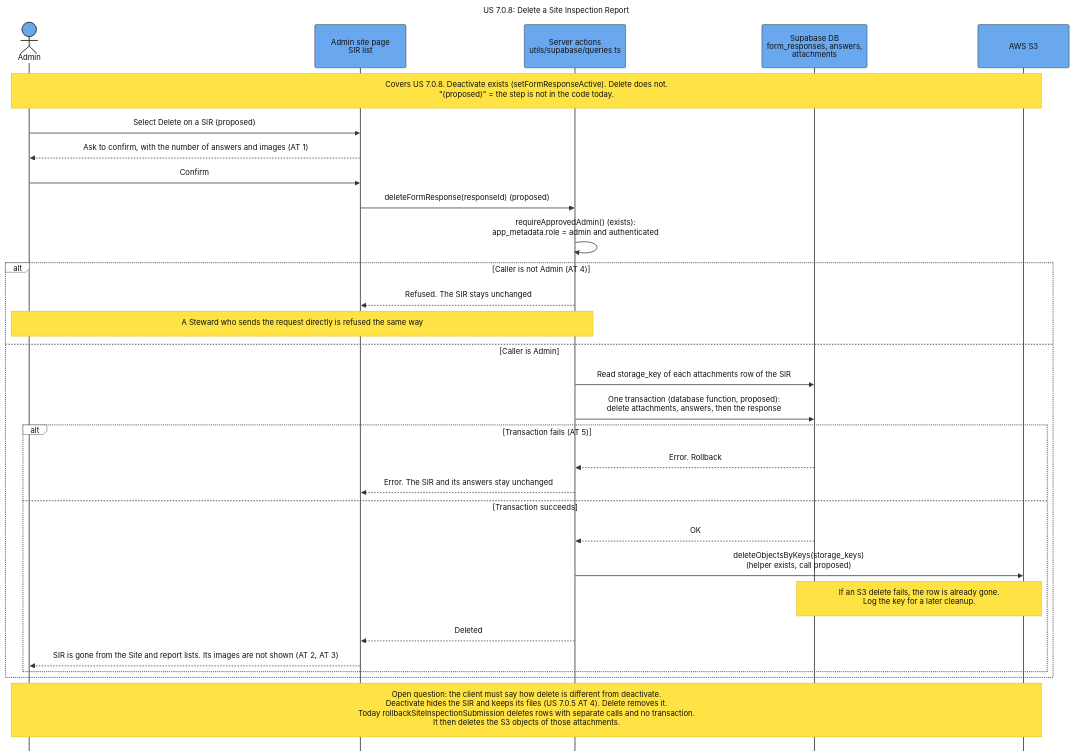
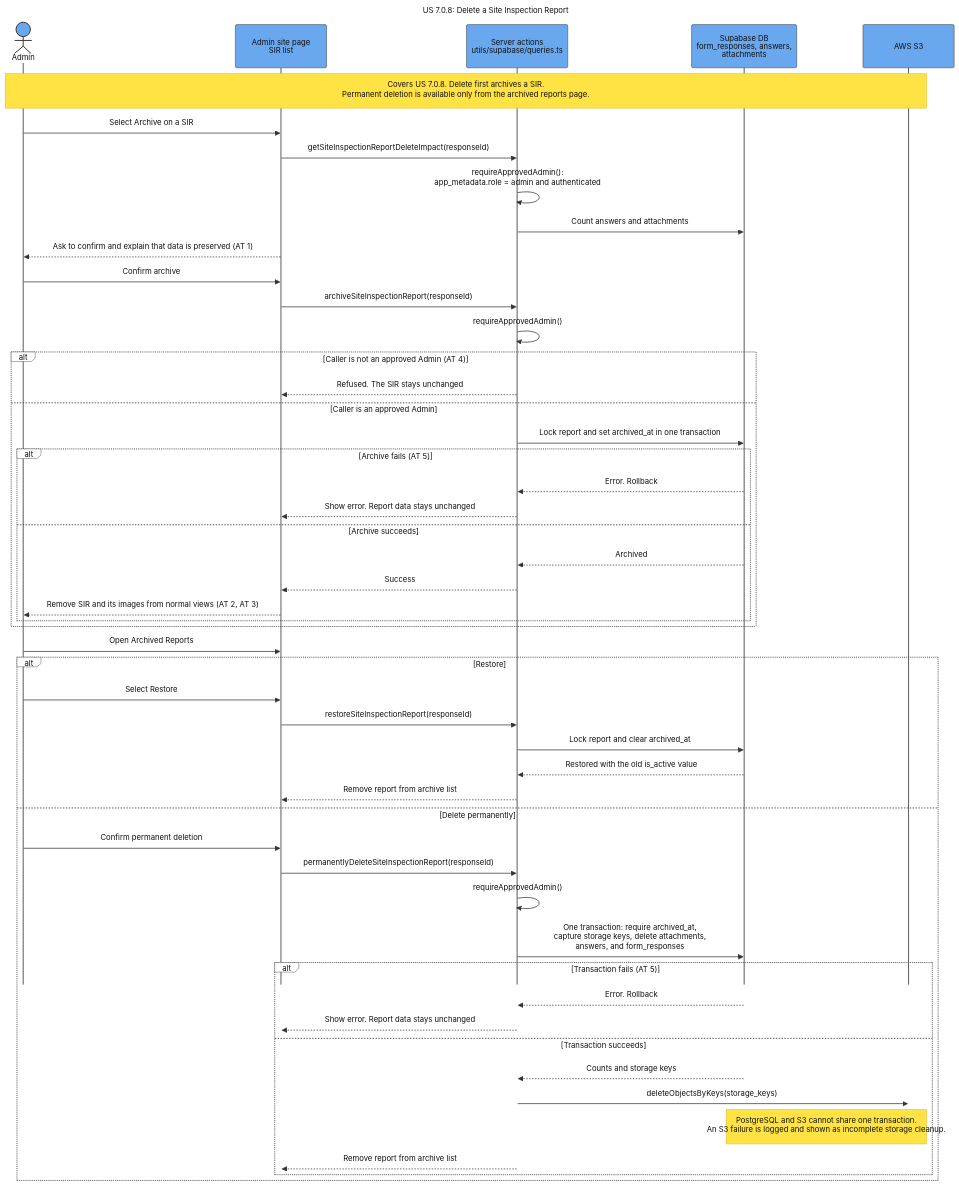
Before and after one commit to SAPAA-Dev/W26Project-SAPAA-Dev-Team: the diagram in docs/assets/Sequence_US_7_0_8_Delete_SIR.mmd, drawn with Mermaid. The commit also changed 33 other files, not shown here.

First line of the commit message:
(feat): archive and delete inspection reports (#165)

```diff
--- a/docs/assets/Sequence_US_7_0_8_Delete_SIR.mmd
+++ b/docs/assets/Sequence_US_7_0_8_Delete_SIR.mmd
@@ -1,75 +1,95 @@
 ---
 title: "US 7.0.8: Delete a Site Inspection Report"
 config:
   theme: base
   sequence:
     actorMargin: 75
     boxMargin: 12
     diagramMarginX: 45
     diagramMarginY: 30
     messageMargin: 40
     noteMargin: 16
     mirrorActors: false
     width: 190
     height: 90
   themeVariables:
     background: "#ffffff"
     primaryColor: "#69a8ef"
     primaryBorderColor: "#333333"
     primaryTextColor: "#111111"
     actorBkg: "#69a8ef"
     actorBorder: "#333333"
     actorTextColor: "#111111"
     actorLineColor: "#555555"
     signalColor: "#333333"
     signalTextColor: "#111111"
     activationBkgColor: "#cdd3db"
     activationBorderColor: "#cdd3db"
     noteBkgColor: "#ffe344"
     noteBorderColor: "#d4ba24"
     noteTextColor: "#111111"
     labelBoxBkgColor: "#ffffff"
     labelBoxBorderColor: "#555555"
     labelTextColor: "#111111"
     loopTextColor: "#111111"
     altBackground: "#ffffff"
   themeCSS: |
     .actor-line {
       stroke-dasharray: 10 10 !important;
       stroke-width: 1.25px !important;
     }
 ---
 sequenceDiagram
     autonumber off
     actor Admin
     participant Page as Admin site page<br/>SIR list
     participant Server as Server actions<br/>utils/supabase/queries.ts
     participant DB as Supabase DB<br/>form_responses, answers,<br/>attachments
     participant S3 as AWS S3
 
-    Note over Admin,S3: Covers US 7.0.8. Deactivate exists (setFormResponseActive). Delete does not.<br/>"(proposed)" = the step is not in the code today.
+    Note over Admin,S3: Covers US 7.0.8. Delete first archives a SIR.<br/>Permanent deletion is available only from the archived reports page.
 
-    Admin->>Page: Select Delete on a SIR (proposed)
-    Page-->>Admin: Ask to confirm, with the number of answers and images (AT 1)
-    Admin->>Page: Confirm
-    Page->>Server: deleteFormResponse(responseId) (proposed)
-    Server->>Server: requireApprovedAdmin() (exists):<br/>app_metadata.role = admin and authenticated
-    alt Caller is not Admin (AT 4)
+    Admin->>Page: Select Archive on a SIR
+    Page->>Server: getSiteInspectionReportDeleteImpact(responseId)
+    Server->>Server: requireApprovedAdmin():<br/>app_metadata.role = admin and authenticated
+    Server->>DB: Count answers and attachments
+    Page-->>Admin: Ask to confirm and explain that data is preserved (AT 1)
+    Admin->>Page: Confirm archive
+    Page->>Server: archiveSiteInspectionReport(responseId)
+    Server->>Server: requireApprovedAdmin()
+    alt Caller is not an approved Admin (AT 4)
         Server-->>Page: Refused. The SIR stays unchanged
-        Note over Admin,Server: A Steward who sends the request directly is refused the same way
-    else Caller is Admin
-        Server->>DB: Read storage_key of each attachments row of the SIR
-        Server->>DB: One transaction (database function, proposed):<br/>delete attachments, answers, then the response
-        alt Transaction fails (AT 5)
+    else Caller is an approved Admin
+        Server->>DB: Lock report and set archived_at in one transaction
+        alt Archive fails (AT 5)
             DB-->>Server: Error. Rollback
-            Server-->>Page: Error. The SIR and its answers stay unchanged
-        else Transaction succeeds
-            DB-->>Server: OK
-            Server->>S3: deleteObjectsByKeys(storage_keys)<br/>(helper exists, call proposed)
-            Note over DB,S3: If an S3 delete fails, the row is already gone.<br/>Log the key for a later cleanup.
-            Server-->>Page: Deleted
-            Page-->>Admin: SIR is gone from the Site and report lists. Its images are not shown (AT 2, AT 3)
+            Server-->>Page: Show error. Report data stays unchanged
+        else Archive succeeds
+            DB-->>Server: Archived
+            Server-->>Page: Success
+            Page-->>Admin: Remove SIR and its images from normal views (AT 2, AT 3)
         end
     end
 
-    Note over Admin,S3: Open question: the client must say how delete is different from deactivate.<br/>Deactivate hides the SIR and keeps its files (US 7.0.5 AT 4). Delete removes it.<br/>Today rollbackSiteInspectionSubmission deletes rows with separate calls and no transaction.<br/>It then deletes the S3 objects of those attachments.
+    Admin->>Page: Open Archived Reports
+    alt Restore
+        Admin->>Page: Select Restore
+        Page->>Server: restoreSiteInspectionReport(responseId)
+        Server->>DB: Lock report and clear archived_at
+        DB-->>Server: Restored with the old is_active value
+        Server-->>Page: Remove report from archive list
+    else Delete permanently
+        Admin->>Page: Confirm permanent deletion
+        Page->>Server: permanentlyDeleteSiteInspectionReport(responseId)
+        Server->>Server: requireApprovedAdmin()
+        Server->>DB: One transaction: require archived_at,<br/>capture storage keys, delete attachments,<br/>answers, and form_responses
+        alt Transaction fails (AT 5)
+            DB-->>Server: Error. Rollback
+            Server-->>Page: Show error. Report data stays unchanged
+        else Transaction succeeds
+            DB-->>Server: Counts and storage keys
+            Server->>S3: deleteObjectsByKeys(storage_keys)
+            Note over DB,S3: PostgreSQL and S3 cannot share one transaction.<br/>An S3 failure is logged and shown as incomplete storage cleanup.
+            Server-->>Page: Remove report from archive list
+        end
+    end
```
